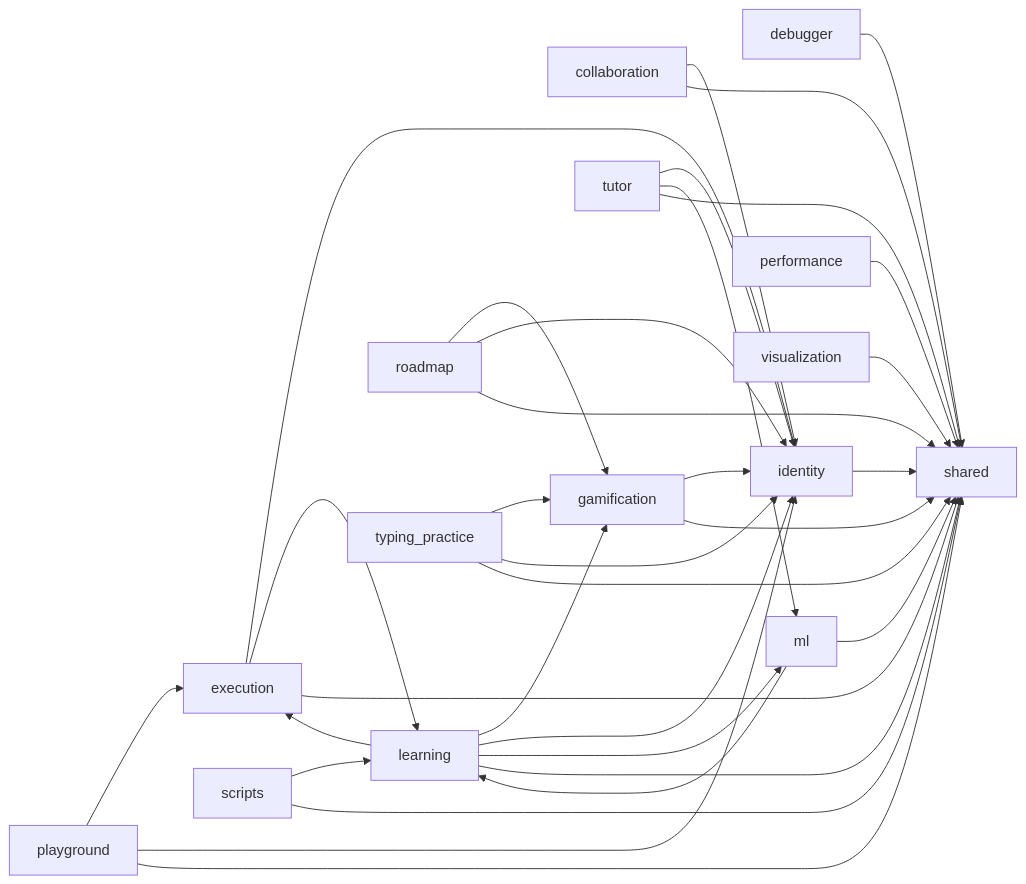
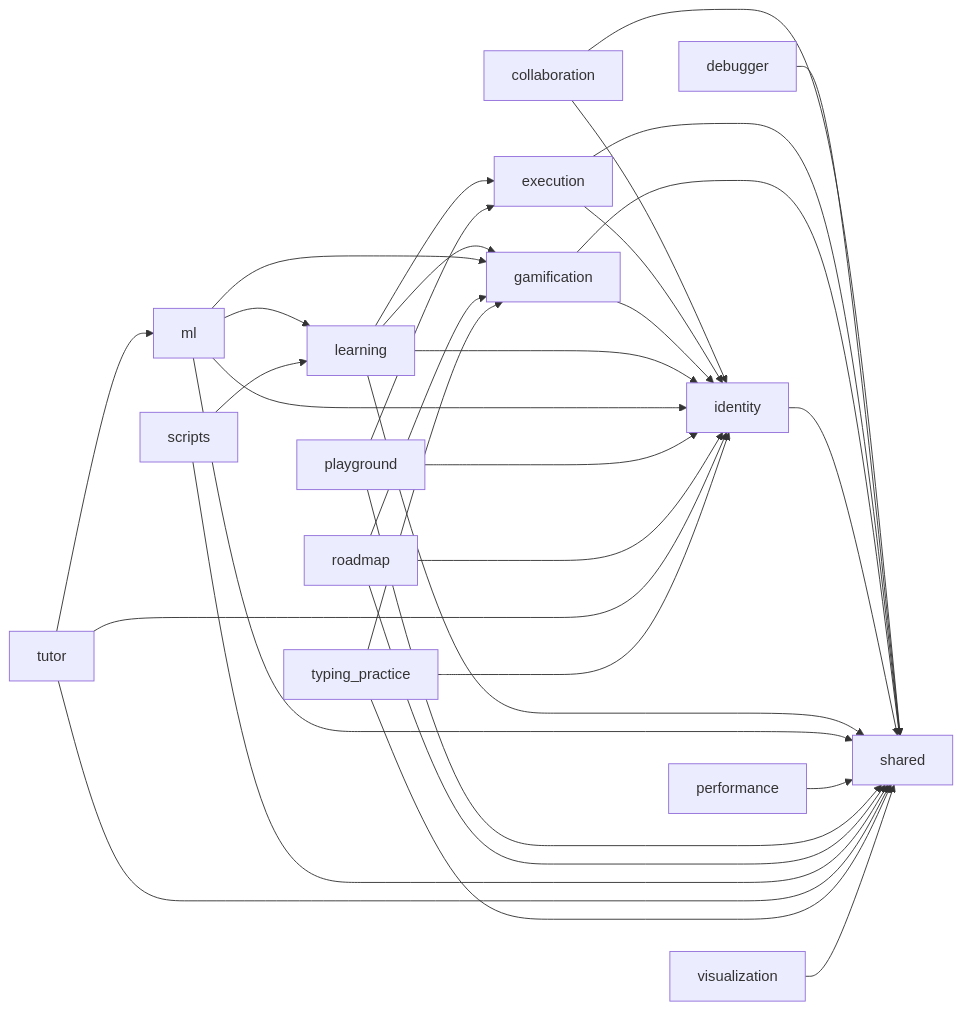
One commit to trevi00/code-tutor-ai changed the diagram in component-diagram.md. Above: the diagram before and after it, drawn with Mermaid. The commit also changed other lines of this file and 16 other files, not shown here.

First line of the commit message:
P1 수리 루프 1차 (하네스 무인) — 테스트 29건 수리 + execution↔learning 순환 절단

````diff
--- a/component-diagram.md
+++ b/component-diagram.md
@@ -13,50 +13,50 @@
 ```mermaid
 graph LR
   collaboration
   debugger
   execution
   gamification
   identity
   learning
   ml
   performance
   playground
   roadmap
   scripts
   shared
   tutor
   typing_practice
   visualization
   collaboration --> identity
   collaboration --> shared
   debugger --> shared
   execution --> identity
-  execution --> learning
   execution --> shared
   gamification --> identity
   gamification --> shared
   identity --> shared
   learning --> execution
   learning --> gamification
   learning --> identity
-  learning --> ml
   learning --> shared
+  ml --> gamification
+  ml --> identity
   ml --> learning
   ml --> shared
   performance --> shared
   playground --> execution
   playground --> identity
   playground --> shared
   roadmap --> gamification
   roadmap --> identity
   roadmap --> shared
   scripts --> learning
   scripts --> shared
   tutor --> identity
   tutor --> ml
   tutor --> shared
   typing_practice --> gamification
   typing_practice --> identity
   typing_practice --> shared
   visualization --> shared
 ```
````
